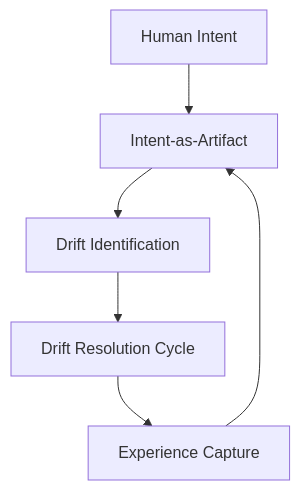
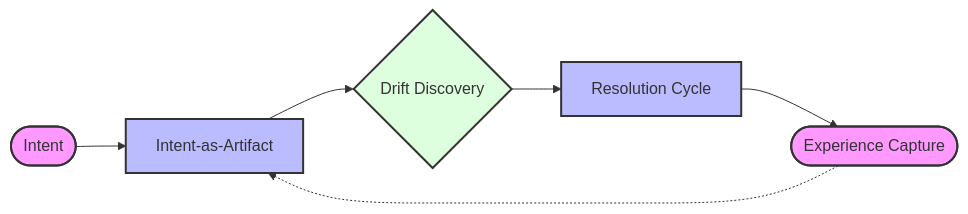
The diagram in assets/diagrams/cde-flow.mmd (udx/dev.kit), drawn with Mermaid before and after one commit. The commit also changed 31 other files, not shown here.

Commit message:
assets: optimize and beautify documentation diagrams

```diff
--- a/assets/diagrams/cde-flow.mmd
+++ b/assets/diagrams/cde-flow.mmd
@@ -1,6 +1,12 @@
-flowchart TD
-    Intent[Human Intent] --> Artifacts[Intent-as-Artifact]
-    Artifacts --> Identification[Drift Identification]
-    Identification --> Resolution[Drift Resolution Cycle]
-    Resolution --> Capture[Experience Capture]
-    Capture --> Artifacts
+flowchart LR
+    Intent([Intent]) --> Specs[Intent-as-Artifact]
+    Specs --> Discovery{Drift Discovery}
+    Discovery --> Resolution[Resolution Cycle]
+    Resolution --> Capture([Experience Capture])
+    Capture -.-> Specs
+    
+    style Intent fill:#f9f,stroke:#333,stroke-width:2px
+    style Specs fill:#bbf,stroke:#333,stroke-width:2px
+    style Discovery fill:#dfd,stroke:#333,stroke-width:2px
+    style Resolution fill:#bbf,stroke:#333,stroke-width:2px
+    style Capture fill:#f9f,stroke:#333,stroke-width:2px
```
